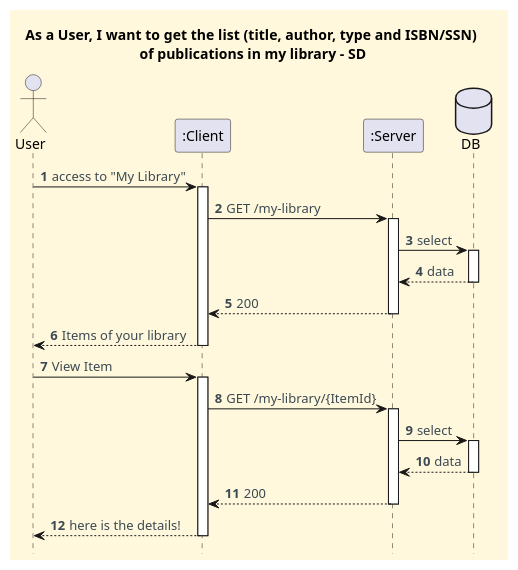
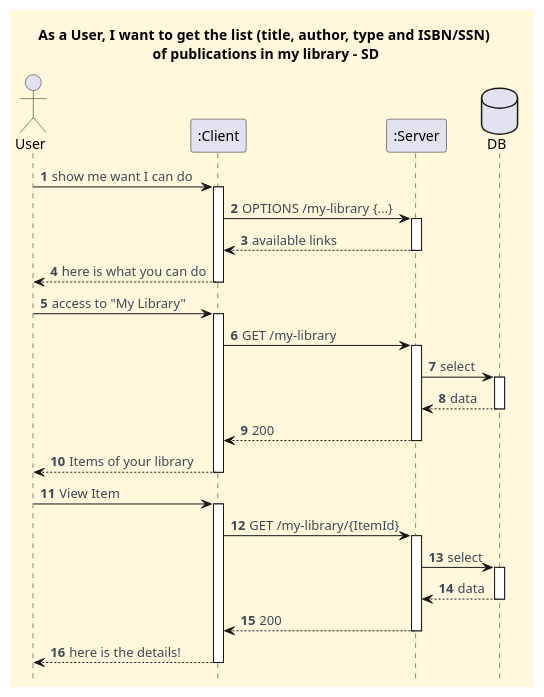
The diagram in docs/client-server-diagrams/get-list-of-items-in-my-library/Process_View_SD.puml (CarolinaLeite-collab/JavaMarketplacePlatform), drawn with PlantUML before and after one commit. The commit also changed 1 other file, not shown here.

Commit message:
docs: update Library sequence diagram to reflect HATEOAS navigation flow, refs #1023

```diff
--- a/docs/client-server-diagrams/get-list-of-items-in-my-library/Process_View_SD.puml
+++ b/docs/client-server-diagrams/get-list-of-items-in-my-library/Process_View_SD.puml
@@ -1,56 +1,66 @@
 @startuml
 '==== basic style ====
 hide stereotype
 skinparam monochrome false
 skinparam shadowing false
 skinparam defaultFontName Futura
 skinparam objectFontSize 20
 skinparam backgroundColor CornSilk
 skinparam objectBackgroundColor WhiteSmoke
 skinparam noteBackgroundColor #FFFFE0
 skinparam ArrowFontColor #3B4953
 skinparam ActivationBackgroundColor black
 hidefootbox
 
 autonumber
 
 title "As a User, I want to get the list (title, author, type and ISBN/SSN) \nof publications in my library - SD"
 
 ' --- Actor and participants ---
 
 actor User
 participant ":Client" as client
 participant ":Server" as server
 database "DB" as DB
+
+User -> client : show me want I can do
+activate client
+client -> server : OPTIONS /my-library {...}
+activate server
+
+server --> client : available links
+deactivate server
+client --> User : here is what you can do
+deactivate client
 
 User -> client : access to "My Library"
 activate client
 client -> server : GET /my-library
 activate server
 
 server -> DB : select
 activate DB
 DB --> server : data
 deactivate DB
 
 server --> client : 200
 deactivate server
 client --> User : Items of your library
 deactivate client
 
 User -> client : View Item
 activate client
 client -> server : GET /my-library/{ItemId}
 activate server
 
 server -> DB : select
 activate DB
 DB --> server : data
 deactivate DB
 
 server --> client : 200
 deactivate server
 client --> User : here is the details!
 deactivate client
 
 @enduml
```
